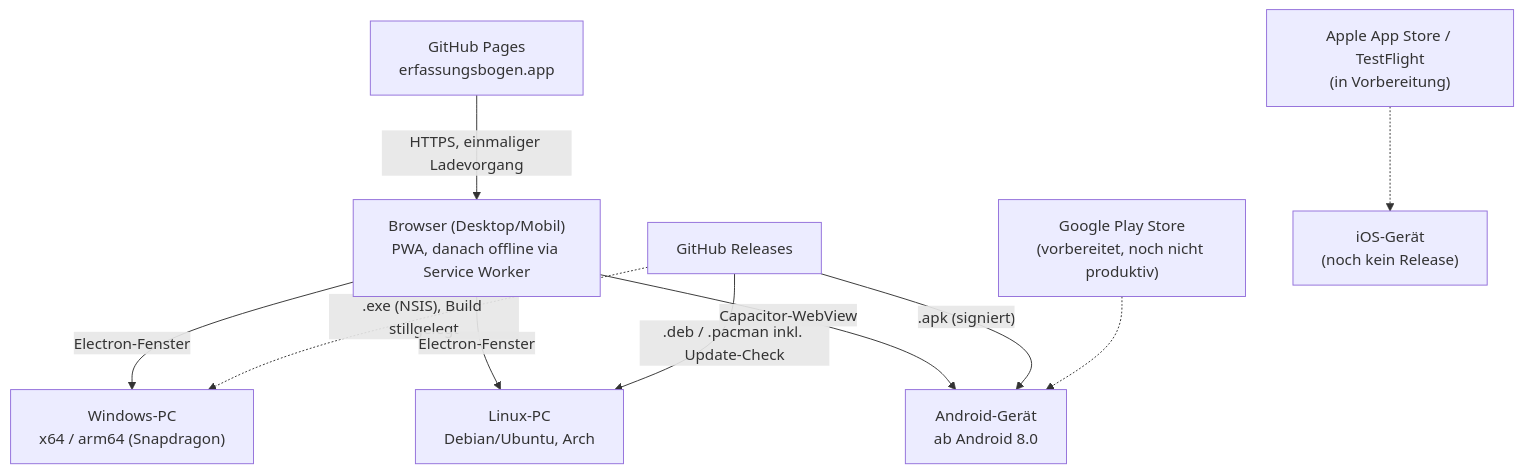
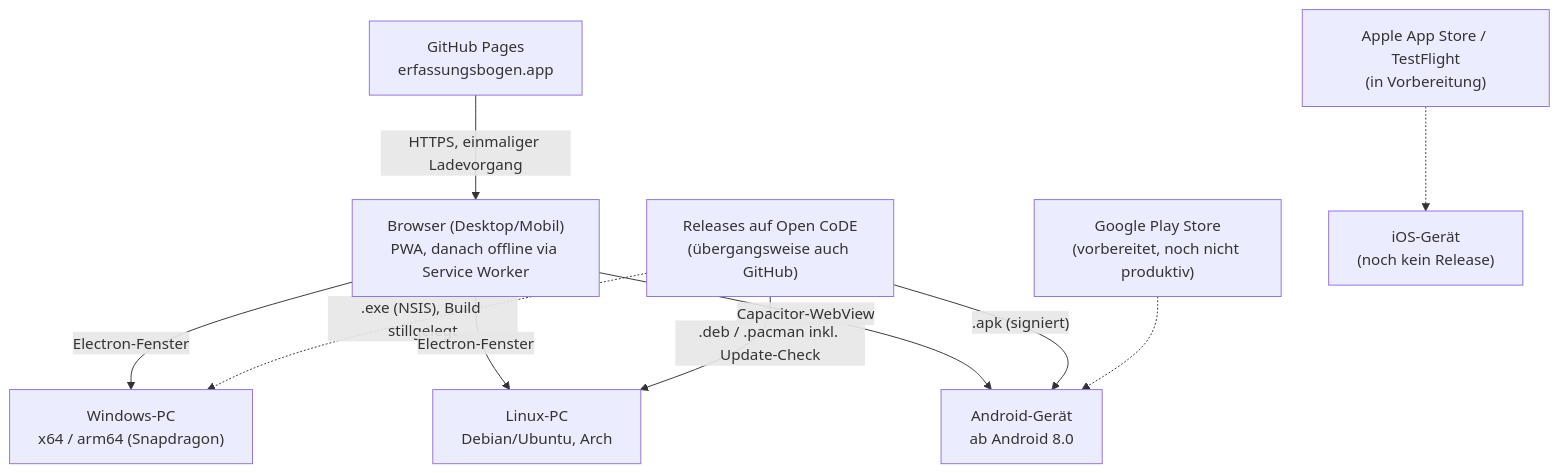
One commit to wattnpapa/erfassungsbogen changed diagram 11 of 12 in docs/arc42-architektur.md. Above: the diagram before and after it, drawn with Mermaid. The commit also changed other lines of this file and 47 other files, not shown here.

````diff
--- a/docs/arc42-architektur.md
+++ b/docs/arc42-architektur.md
@@ -893,16 +897,16 @@
 ```mermaid
 flowchart TB
   Pages["GitHub Pages<br/>erfassungsbogen.app"] -->|"HTTPS, einmaliger Ladevorgang"| Browser["Browser (Desktop/Mobil)<br/>PWA, danach offline via Service Worker"]
-  Releases["GitHub Releases"]
+  Releases["Releases auf Open CoDE<br/>(übergangsweise auch GitHub)"]
   Play["Google Play Store<br/>(vorbereitet, noch nicht produktiv)"]
   Apple["Apple App Store / TestFlight<br/>(in Vorbereitung)"]
 
   Browser -->|"Electron-Fenster"| Win["Windows-PC<br/>x64 / arm64 (Snapdragon)"]
   Releases -.->|".exe (NSIS), Build stillgelegt"| Win
   Browser -->|"Electron-Fenster"| Linux["Linux-PC<br/>Debian/Ubuntu, Arch"]
   Releases -->|".deb / .pacman inkl. Update-Check"| Linux
   Browser -->|"Capacitor-WebView"| Android["Android-Gerät<br/>ab Android 8.0"]
   Releases -->|".apk (signiert)"| Android
   Play -.-> Android
   Apple -.-> iOS["iOS-Gerät<br/>(noch kein Release)"]
 ```
````
